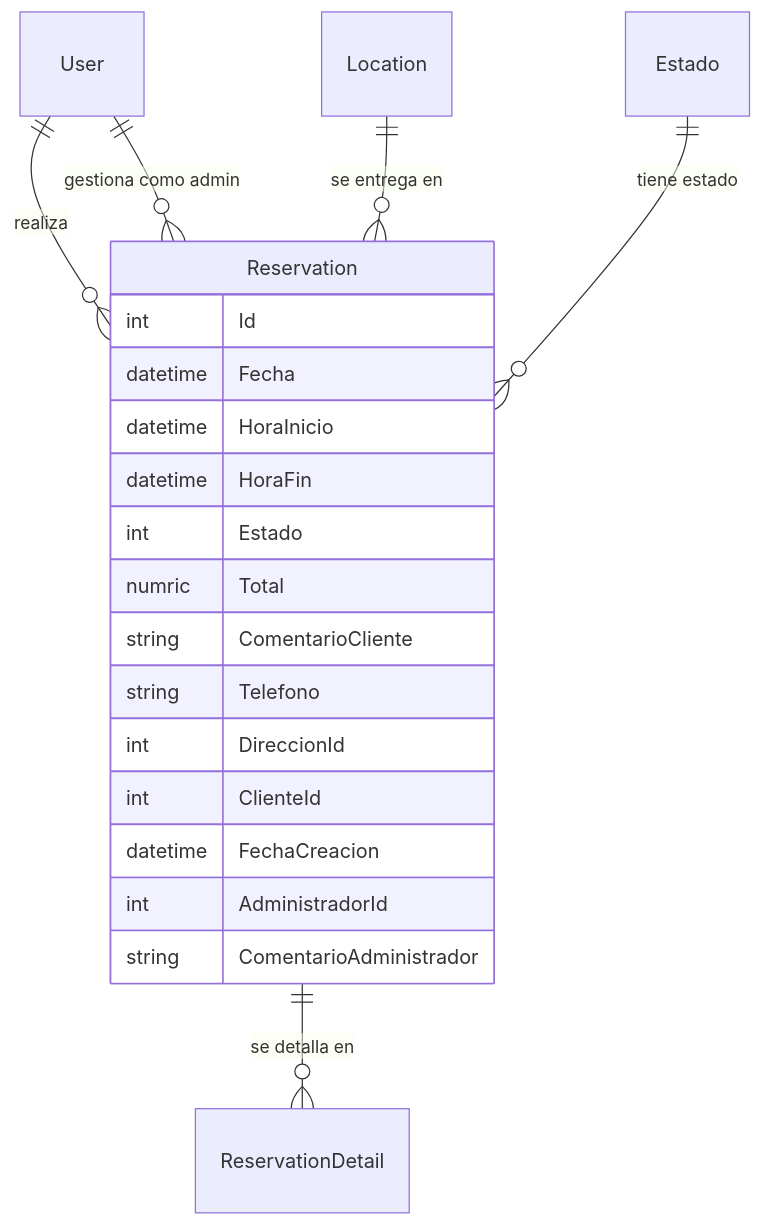
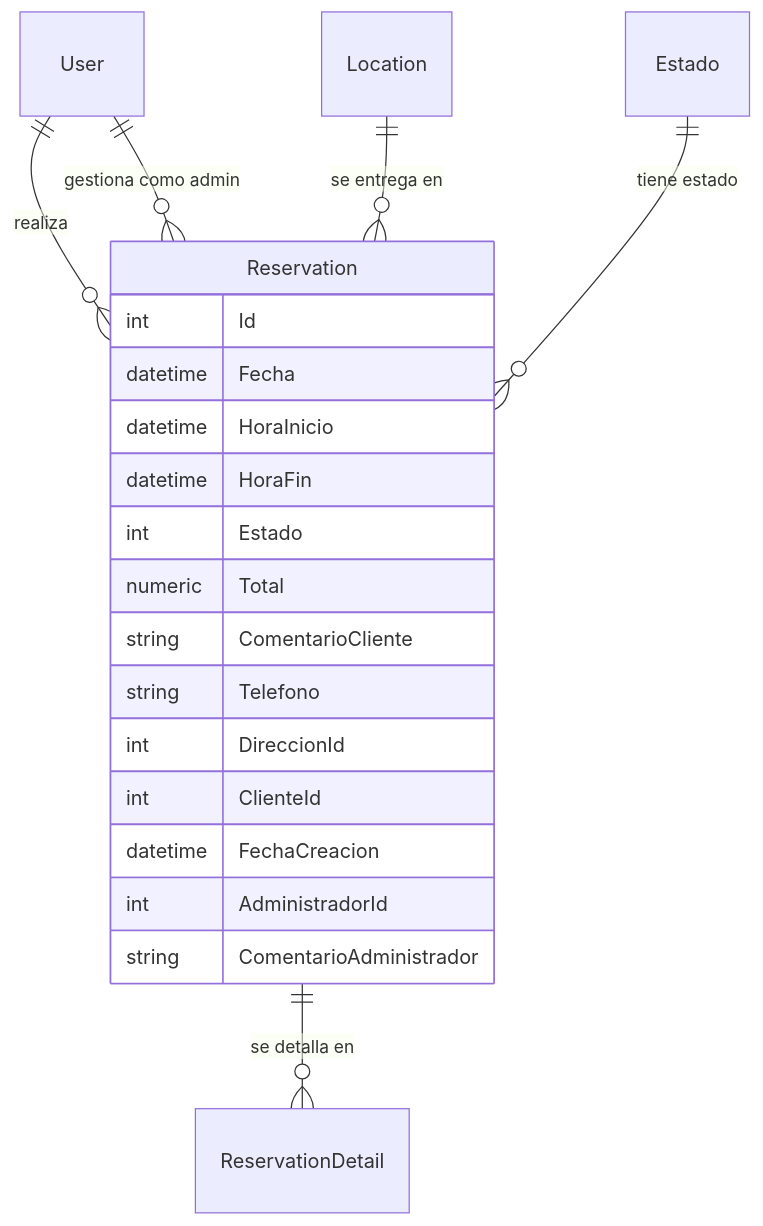
The diagram in docs/models-domain/reservation.md (jose-angell/EventResourceReservationAppDocs), drawn with Mermaid before and after one commit. The commit also changed other lines of this file and 11 other files, not shown here.

````diff
--- a/docs/models-domain/reservation.md
+++ b/docs/models-domain/reservation.md
@@ -23,24 +23,24 @@
- ``` mermaid
+``` mermaid
 erDiagram
     Reservation {
         int Id
         datetime Fecha
         datetime HoraInicio
         datetime HoraFin
         int Estado
-        numric Total
+        numeric Total
         string ComentarioCliente
         string Telefono
         int DireccionId
         int ClienteId
         datetime FechaCreacion
         int AdministradorId
         string ComentarioAdministrador
     }
 
     User ||--o{ Reservation : "realiza"
     User ||--o{ Reservation : "gestiona como admin"
     Location ||--o{ Reservation : "se entrega en"
     Estado ||--o{ Reservation : "tiene estado"
     Reservation ||--o{ ReservationDetail : "se detalla en"
 ```
````
